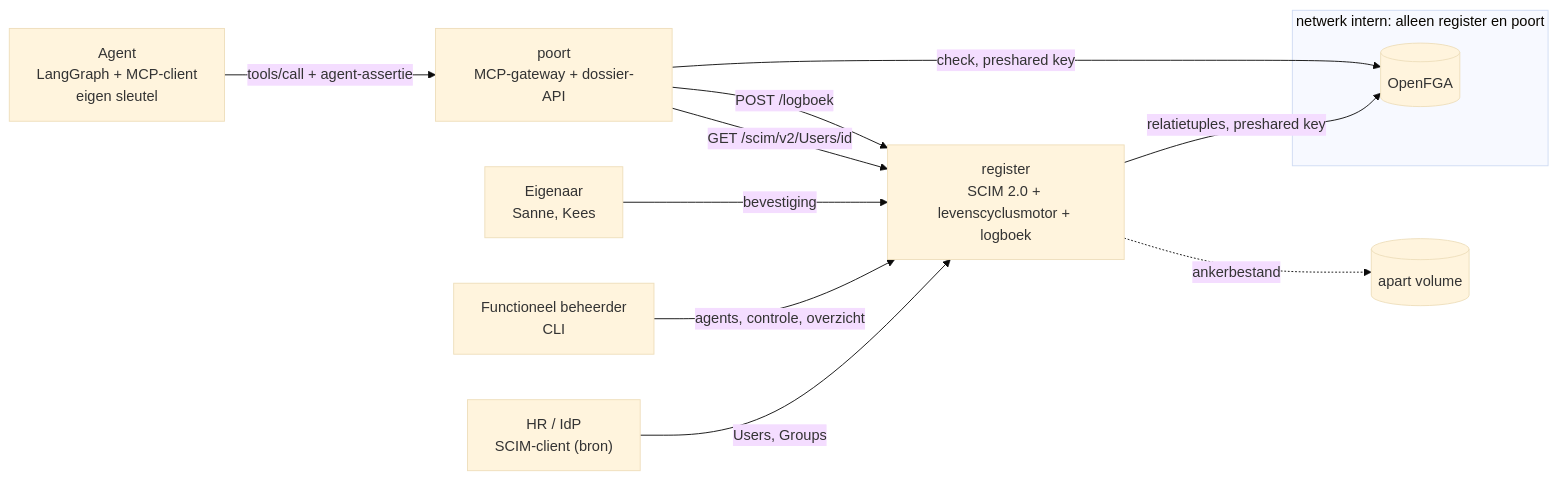
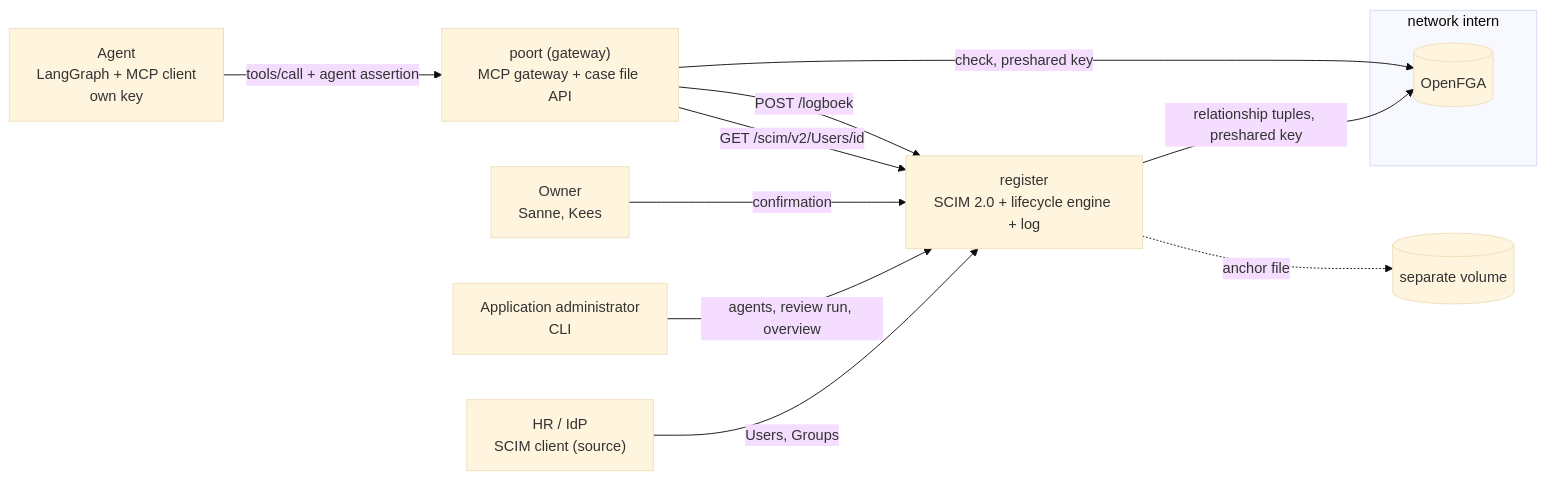
Before and after one commit to oomny-nl/agent-levenscyclus: the diagram in README.en.md, drawn with Mermaid (base theme). The commit also changed other lines of this file and 34 other files, not shown here.

First line of the commit message:
Verwerk review: levenscyclus, SCIM-profiel, asserties en OpenFGA (#3)

````diff
--- a/README.en.md
+++ b/README.en.md
@@ -38,17 +39,17 @@
 ```mermaid
 flowchart LR
-    HR["HR / IdP<br/>SCIM-client (bron)"] -->|Users, Groups| R
-    FB["Functioneel beheerder<br/>CLI"] -->|agents, controle, overzicht| R
-    E["Eigenaar<br/>Sanne, Kees"] -->|bevestiging| R
-    R["register<br/>SCIM 2.0 + levenscyclusmotor + logboek"]
-    P["poort<br/>MCP-gateway + dossier-API"]
-    A["Agent<br/>LangGraph + MCP-client<br/>eigen sleutel"] -->|"tools/call + agent-assertie"| P
+    HR["HR / IdP<br/>SCIM client (source)"] -->|Users, Groups| R
+    FB["Application administrator<br/>CLI"] -->|agents, review run, overview| R
+    E["Owner<br/>Sanne, Kees"] -->|confirmation| R
+    R["register<br/>SCIM 2.0 + lifecycle engine + log"]
+    P["poort (gateway)<br/>MCP gateway + case file API"]
+    A["Agent<br/>LangGraph + MCP client<br/>own key"] -->|"tools/call + agent assertion"| P
     P -->|GET /scim/v2/Users/id| R
     P -->|POST /logboek| R
-    subgraph intern["netwerk intern: alleen register en poort"]
+    subgraph intern["network intern"]
         F[("OpenFGA")]
     end
-    R -->|relatietuples, preshared key| F
+    R -->|relationship tuples, preshared key| F
     P -->|check, preshared key| F
-    R -.->|ankerbestand| K[("apart volume")]
+    R -.->|anchor file| K[("separate volume")]
 ```
````
